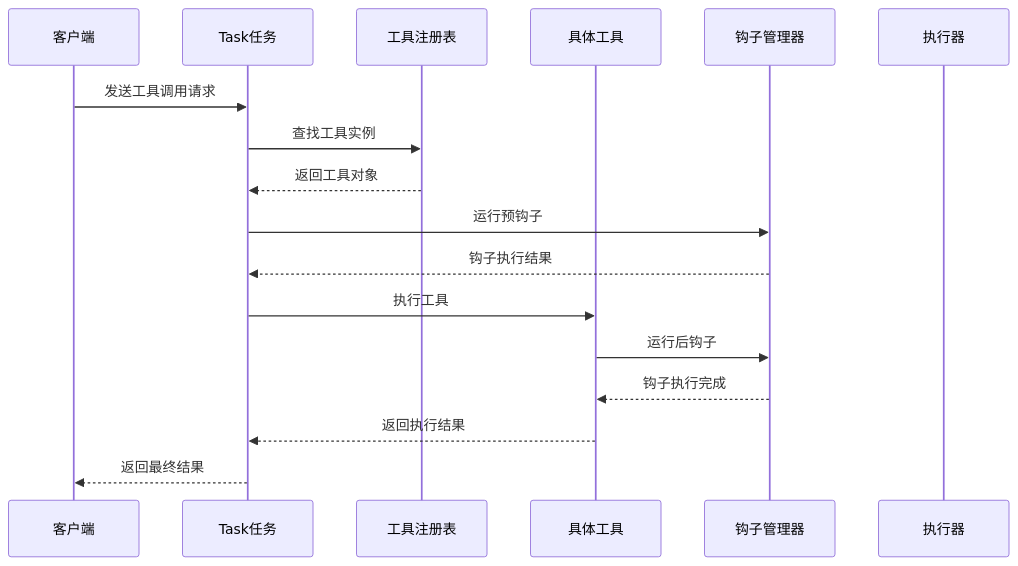
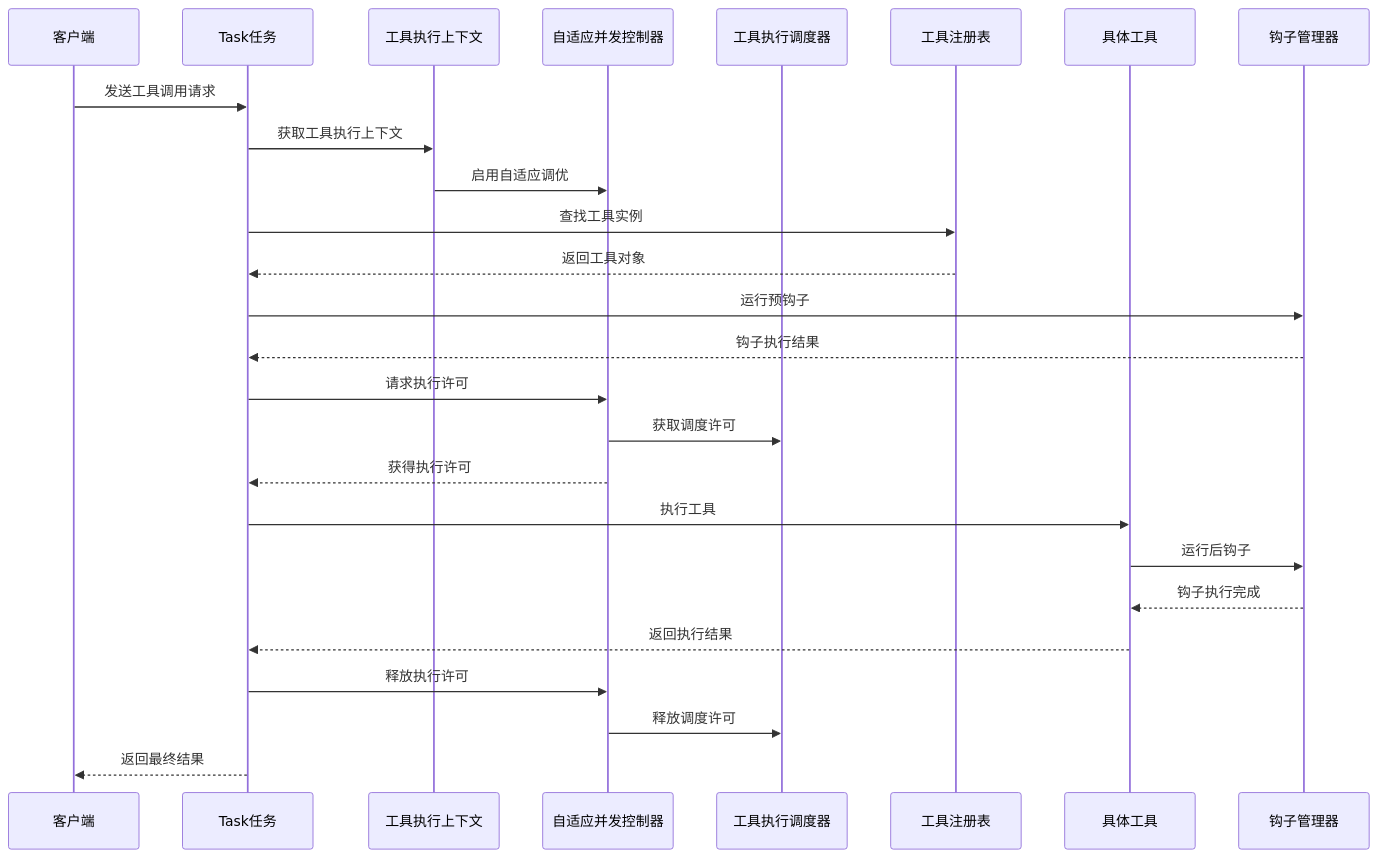
Before and after one commit to JunjieChen0/NJUST: the second of 6 diagrams in .qoder/repowiki/zh/content/核心功能/工具系统/统一工具执行框架.md, drawn with Mermaid. The commit also changed other lines of this file and 37 other files, not shown here.

````diff
--- a/.qoder/repowiki/zh/content/核心功能/工具系统/统一工具执行框架.md
+++ b/.qoder/repowiki/zh/content/核心功能/工具系统/统一工具执行框架.md
@@ -152,19 +210,28 @@
 ```mermaid
 sequenceDiagram
 participant Client as 客户端
 participant Task as Task任务
+participant ToolCtx as 工具执行上下文
+participant Controller as 自适应并发控制器
+participant Scheduler as 工具执行调度器
 participant Registry as 工具注册表
 participant Tool as 具体工具
 participant HookMgr as 钩子管理器
-participant Executor as 执行器
 Client->>Task : 发送工具调用请求
+Task->>ToolCtx : 获取工具执行上下文
+ToolCtx->>Controller : 启用自适应调优
 Task->>Registry : 查找工具实例
 Registry-->>Task : 返回工具对象
 Task->>HookMgr : 运行预钩子
 HookMgr-->>Task : 钩子执行结果
+Task->>Controller : 请求执行许可
+Controller->>Scheduler : 获取调度许可
+Controller-->>Task : 获得执行许可
 Task->>Tool : 执行工具
 Tool->>HookMgr : 运行后钩子
 HookMgr-->>Tool : 钩子执行完成
 Tool-->>Task : 返回执行结果
+Task->>Controller : 释放执行许可
+Controller->>Scheduler : 释放调度许可
 Task-->>Client : 返回最终结果
 ```
````
